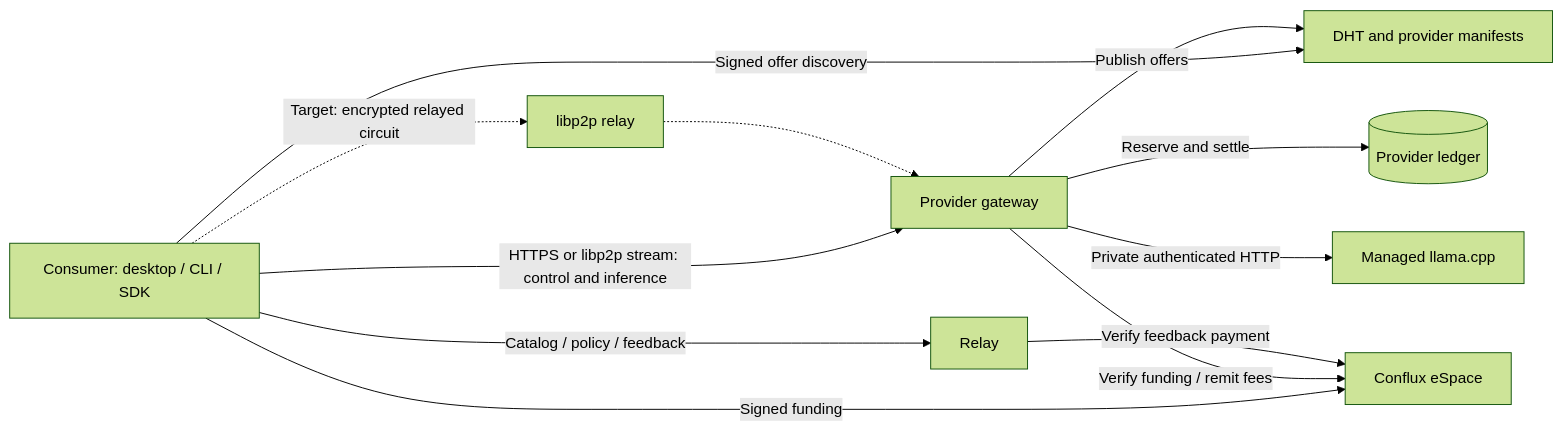
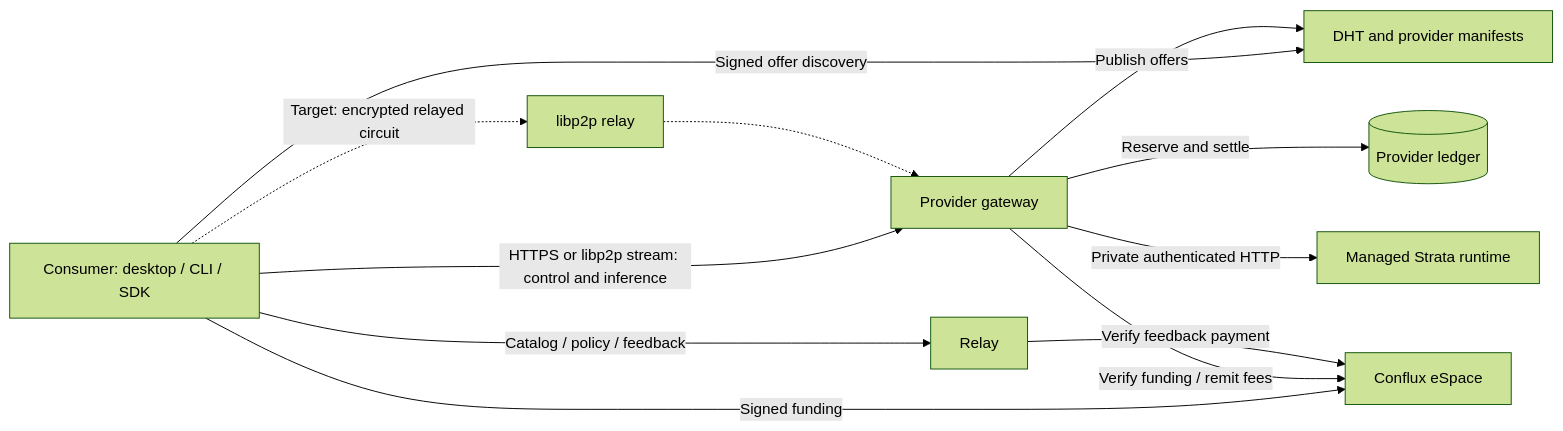
One commit to chiral-network/chiral-network changed the diagram in docs/chiral-book.md. Above: the diagram before and after it, drawn with Mermaid (forest theme). The commit also changed other lines of this file and 55 other files, not shown here.

First line of the commit message:
feat: adopt curated Strata launch runtime

````diff
--- a/docs/chiral-book.md
+++ b/docs/chiral-book.md
@@ -39,14 +41,14 @@
 ```mermaid
 flowchart LR
     C[Consumer: desktop / CLI / SDK] -->|Signed offer discovery| D[DHT and provider manifests]
     P[Provider gateway] -->|Publish offers| D
     C -->|Catalog / policy / feedback| R[Relay]
     C -->|HTTPS or libp2p stream: control and inference| P
     C -.->|Target: encrypted relayed circuit| X[libp2p relay]
     X -.-> P
     P -->|Reserve and settle| L[(Provider ledger)]
-    P -->|Private authenticated HTTP| E[Managed llama.cpp]
+    P -->|Private authenticated HTTP| E[Managed Strata runtime]
     C -->|Signed funding| B[Conflux eSpace]
     P -->|Verify funding / remit fees| B
     R -->|Verify feedback payment| B
 ```
````
